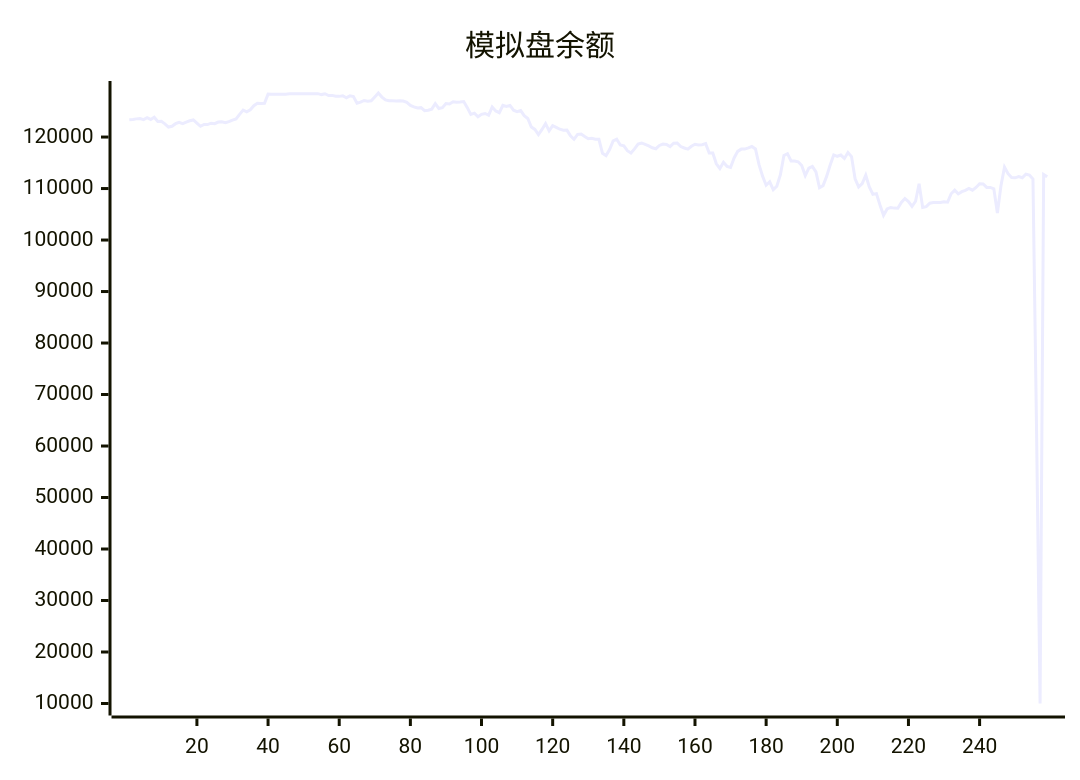
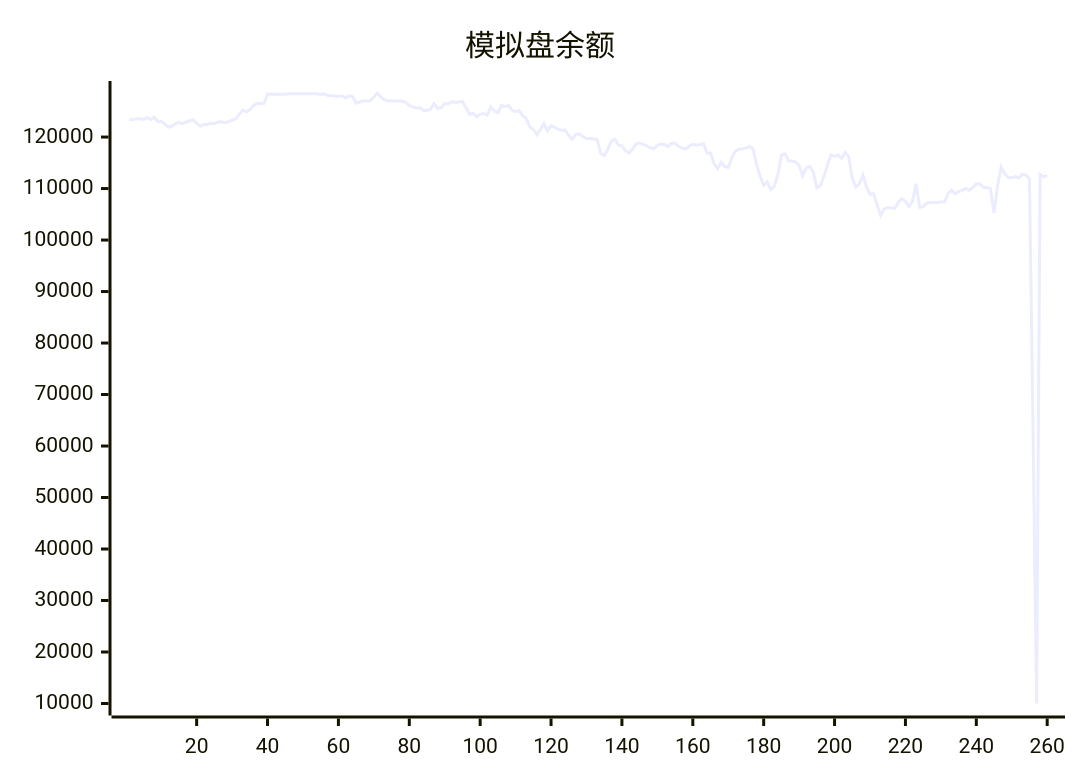
Before and after one commit to aahl/ai-trading: the diagram in README.md, drawn with Mermaid. The commit also changed other lines of this file and 1 other file, not shown here.

````diff
--- a/README.md
+++ b/README.md
@@ -5,5 +5,5 @@
 ```mermaid
 xychart
     title "模拟盘余额"
-    line [123338,123402,123530,123592,123378,123745,123413,123853,123009,123040,122557,121938,122095,122599,122856,122597,122898,123160,123319,122719,122087,122454,122416,122685,122592,122907,122961,122776,122981,123295,123507,124403,125224,124894,125303,126088,126544,126534,126549,128335,128318,128318,128318,128318,128318,128424,128424,128424,128424,128424,128424,128424,128424,128424,128247,128412,128062,128087,127917,127901,128026,127611,128000,127850,126572,126770,127100,126971,127029,127783,128554,127765,127224,127064,127044,127009,127025,127004,126738,126152,125871,125635,125707,125117,125217,125420,126480,125545,125715,126511,126424,126856,126764,126788,126890,125710,124381,124632,123936,124402,124574,124256,125833,125070,124739,126154,125966,126145,125213,124943,125143,124157,123604,121959,121476,120476,121470,122610,121201,122221,121889,121522,121332,121344,120232,119559,120513,120577,120108,119680,119777,119572,119568,116839,116392,117573,119250,119585,118469,118277,117338,116897,117706,118628,118849,118579,118280,117926,117735,118373,118639,118544,118136,118798,118819,118162,117874,117649,118215,118601,118463,118517,118713,116911,116899,114798,113887,115084,114313,114091,115934,117221,117658,117658,117883,118164,117693,114632,112403,110644,111313,109777,110444,112673,116419,116772,115355,115355,115198,114476,112510,113954,114276,113223,110151,110561,112361,114562,116522,116265,116500,115845,117000,116199,111887,110306,110942,112588,110318,108891,109011,106814,104811,106038,106327,106201,106180,107315,108068,107463,106528,107530,110941,106346,106482,107161,107268,107270,107302,107426,107340,108985,109681,108962,109404,109645,110030,109680,110214,110918,110897,110215,110212,109962,105235,110525,114151,112895,112137,112083,112329,112094,112784,112613,111829,63445,10000,112734,112268]
+    line [123338,123402,123530,123592,123378,123745,123413,123853,123009,123040,122557,121938,122095,122599,122856,122597,122898,123160,123319,122719,122087,122454,122416,122685,122592,122907,122961,122776,122981,123295,123507,124403,125224,124894,125303,126088,126544,126534,126549,128335,128318,128318,128318,128318,128318,128424,128424,128424,128424,128424,128424,128424,128424,128424,128247,128412,128062,128087,127917,127901,128026,127611,128000,127850,126572,126770,127100,126971,127029,127783,128554,127765,127224,127064,127044,127009,127025,127004,126738,126152,125871,125635,125707,125117,125217,125420,126480,125545,125715,126511,126424,126856,126764,126788,126890,125710,124381,124632,123936,124402,124574,124256,125833,125070,124739,126154,125966,126145,125213,124943,125143,124157,123604,121959,121476,120476,121470,122610,121201,122221,121889,121522,121332,121344,120232,119559,120513,120577,120108,119680,119777,119572,119568,116839,116392,117573,119250,119585,118469,118277,117338,116897,117706,118628,118849,118579,118280,117926,117735,118373,118639,118544,118136,118798,118819,118162,117874,117649,118215,118601,118463,118517,118713,116911,116899,114798,113887,115084,114313,114091,115934,117221,117658,117658,117883,118164,117693,114632,112403,110644,111313,109777,110444,112673,116419,116772,115355,115355,115198,114476,112510,113954,114276,113223,110151,110561,112361,114562,116522,116265,116500,115845,117000,116199,111887,110306,110942,112588,110318,108891,109011,106814,104811,106038,106327,106201,106180,107315,108068,107463,106528,107530,110941,106346,106482,107161,107268,107270,107302,107426,107340,108985,109681,108962,109404,109645,110030,109680,110214,110918,110897,110215,110212,109962,105235,110525,114151,112895,112137,112083,112329,112094,112784,112613,111829,63445,10000,112734,112268,112496]
 ```
````
